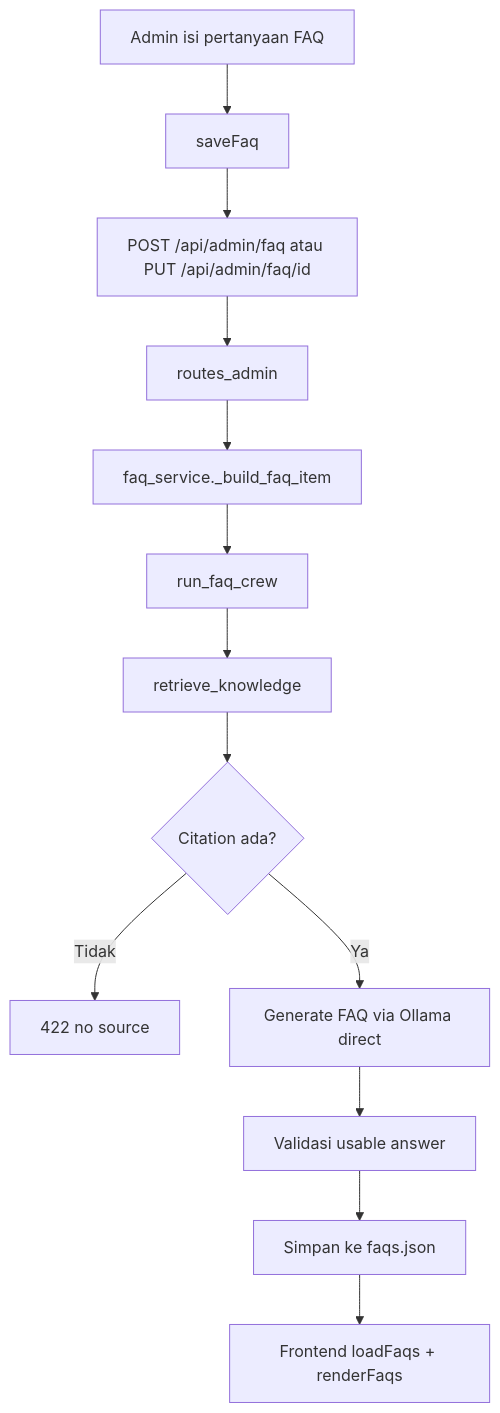
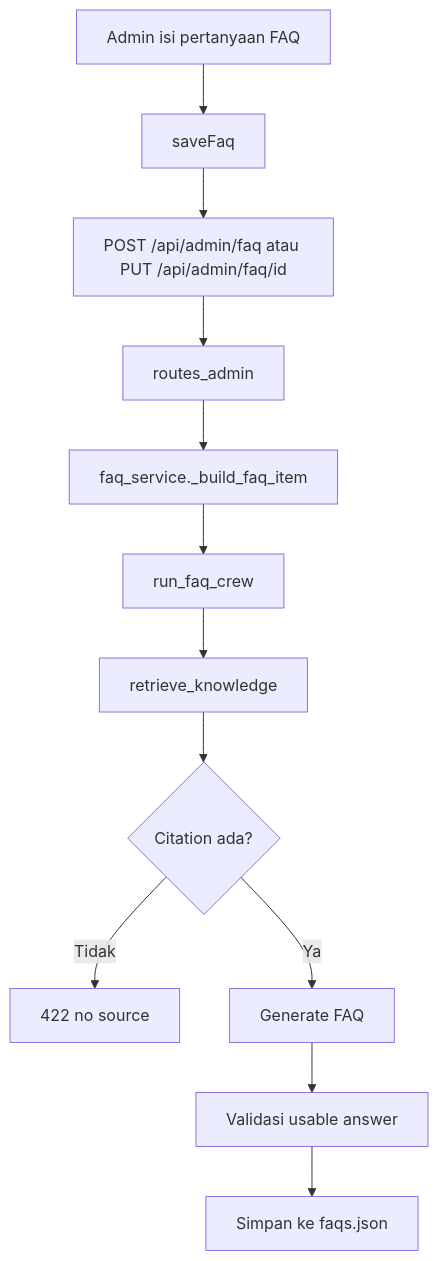
One commit to Akram17t/Internship changed the fifth of 5 diagrams in Capstone/docs/SYSTEM_FLOWS.md. Above: the diagram before and after it, drawn with Mermaid. The commit also changed other lines of this file and 43 other files, not shown here.

````diff
--- a/Capstone/docs/SYSTEM_FLOWS.md
+++ b/Capstone/docs/SYSTEM_FLOWS.md
@@ -239,15 +103,14 @@
 ```mermaid
 flowchart TD
   A[Admin isi pertanyaan FAQ] --> B[saveFaq]
   B --> C[POST /api/admin/faq atau PUT /api/admin/faq/id]
   C --> D[routes_admin]
   D --> E[faq_service._build_faq_item]
   E --> F[run_faq_crew]
   F --> G[retrieve_knowledge]
   G --> H{Citation ada?}
   H -->|Tidak| I[422 no source]
-  H -->|Ya| J[Generate FAQ via Ollama direct]
+  H -->|Ya| J[Generate FAQ]
   J --> K[Validasi usable answer]
   K --> L[Simpan ke faqs.json]
-  L --> M[Frontend loadFaqs + renderFaqs]
 ```
````
